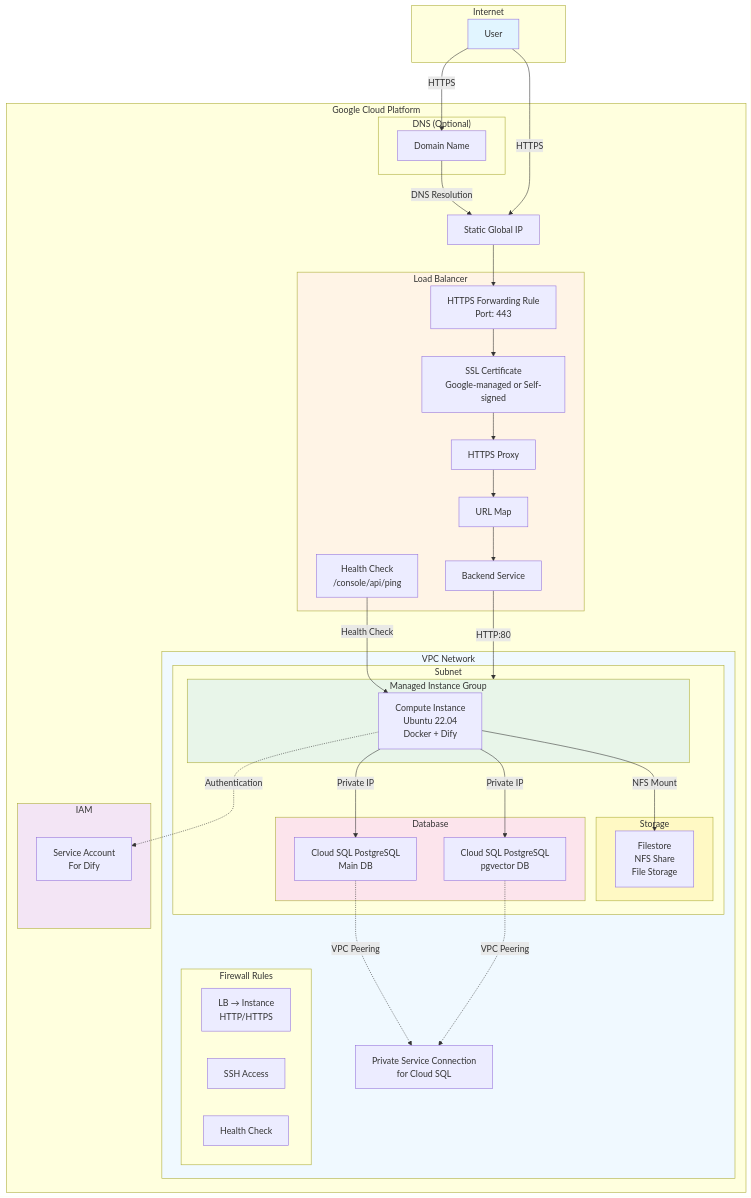
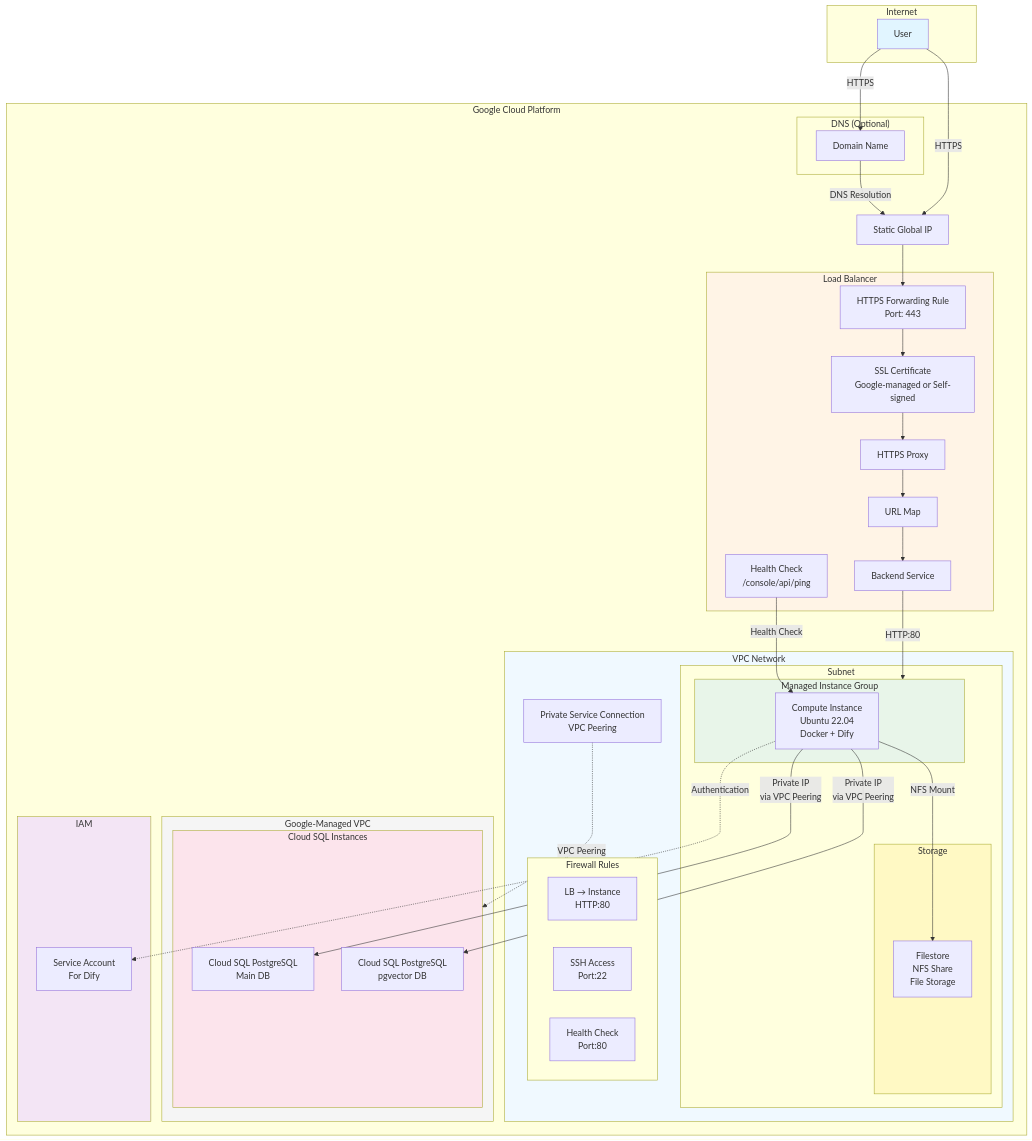
Before and after one commit to IMOKURI/dify-on-google-cloud: the diagram in README.md, drawn with Mermaid.

Commit message:
docs: update architecture

````diff
--- a/README.md
+++ b/README.md
@@ -42,79 +42,81 @@
 ```mermaid
 graph TB
     subgraph Internet["Internet"]
         User[User]
     end
 
     subgraph GCP["Google Cloud Platform"]
         subgraph DNS["DNS (Optional)"]
             Domain[Domain Name]
         end
 
         LB_IP[Static Global IP]
 
         subgraph LB["Load Balancer"]
             HTTPS[HTTPS Forwarding Rule<br/>Port: 443]
             SSL[SSL Certificate<br/>Google-managed or Self-signed]
             Proxy[HTTPS Proxy]
             URLMap[URL Map]
             Backend[Backend Service]
             HC[Health Check<br/>/console/api/ping]
         end
 
         subgraph VPC["VPC Network"]
             subgraph Subnet["Subnet"]
                 subgraph MIG["Managed Instance Group"]
                     Instance[Compute Instance<br/>Ubuntu 22.04<br/>Docker + Dify]
                 end
 
                 subgraph Storage["Storage"]
                     FS[Filestore<br/>NFS Share<br/>File Storage]
                 end
-
-                subgraph Database["Database"]
-                    SQL1[Cloud SQL PostgreSQL<br/>Main DB]
-                    SQL2[Cloud SQL PostgreSQL<br/>pgvector DB]
-                end
             end
 
             subgraph Firewall["Firewall Rules"]
-                FW_LB[LB → Instance<br/>HTTP/HTTPS]
-                FW_SSH[SSH Access]
-                FW_HC[Health Check]
+                FW_LB[LB → Instance<br/>HTTP:80]
+                FW_SSH[SSH Access<br/>Port:22]
+                FW_HC[Health Check<br/>Port:80]
             end
 
-            PSC[Private Service Connection<br/>for Cloud SQL]
+            PSC[Private Service Connection<br/>VPC Peering]
+        end
+
+        subgraph GoogleManaged["Google-Managed VPC"]
+            subgraph Database["Cloud SQL Instances"]
+                SQL1[Cloud SQL PostgreSQL<br/>Main DB]
+                SQL2[Cloud SQL PostgreSQL<br/>pgvector DB]
+            end
         end
 
         subgraph IAM["IAM"]
             SA[Service Account<br/>For Dify]
         end
     end
 
     User -->|HTTPS| Domain
     Domain -->|DNS Resolution| LB_IP
     User -->|HTTPS| LB_IP
     LB_IP --> HTTPS
     HTTPS --> SSL
     SSL --> Proxy
     Proxy --> URLMap
     URLMap --> Backend
     Backend -->|HTTP:80| MIG
     HC -->|Health Check| Instance
 
-    Instance -->|Private IP| SQL1
-    Instance -->|Private IP| SQL2
     Instance -->|NFS Mount| FS
     Instance -.->|Authentication| SA
+    Instance -->|Private IP<br/>via VPC Peering| SQL1
+    Instance -->|Private IP<br/>via VPC Peering| SQL2
 
-    SQL1 -.->|VPC Peering| PSC
-    SQL2 -.->|VPC Peering| PSC
+    PSC -.->|VPC Peering| Database
 
     style User fill:#e1f5ff
     style LB fill:#fff4e6
     style VPC fill:#f0f9ff
     style MIG fill:#e8f5e9
     style Database fill:#fce4ec
+    style GoogleManaged fill:#f5f5f5
     style Storage fill:#fff9c4
     style IAM fill:#f3e5f5
 ```
````
